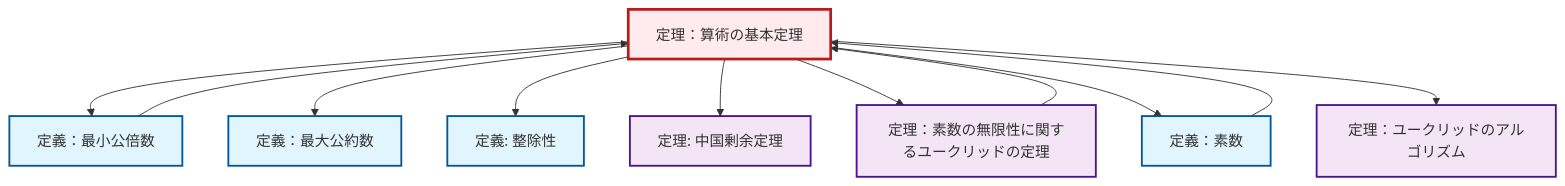
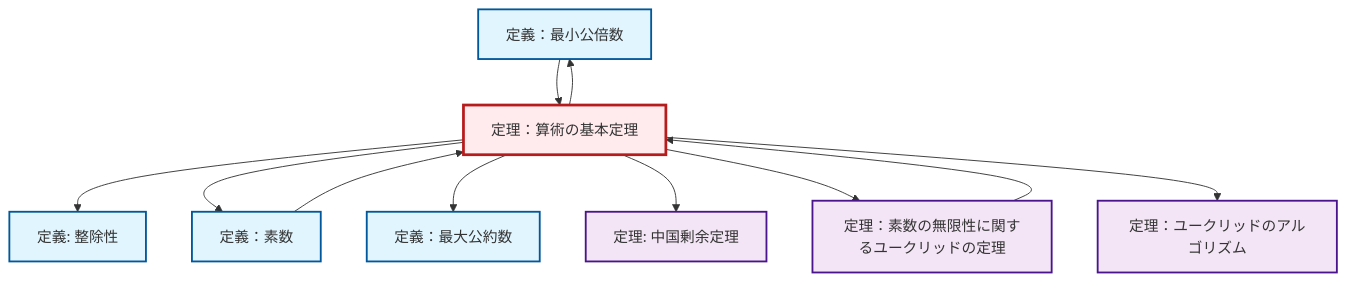
Before and after one commit to RK0429/ModernMath: the diagram in content/ja/number-theory/thm-fundamental-arithmetic.qmd, drawn with Mermaid. The commit also changed other lines of this file and 1012 other files, not shown here.

````diff
--- a/content/ja/number-theory/thm-fundamental-arithmetic.qmd
+++ b/content/ja/number-theory/thm-fundamental-arithmetic.qmd
@@ -73,35 +73,35 @@
 ```{mermaid}
 %%| fig-cap: "Local dependency graph"
 graph TD
     classDef definition fill:#e1f5fe,stroke:#01579b,stroke-width:2px
     classDef theorem fill:#f3e5f5,stroke:#4a148c,stroke-width:2px
     classDef axiom fill:#fff3e0,stroke:#e65100,stroke-width:2px
     classDef example fill:#e8f5e9,stroke:#1b5e20,stroke-width:2px
     classDef current fill:#ffebee,stroke:#b71c1c,stroke-width:3px
+    def-gcd["定義：最大公約数"]:::definition
+    thm-chinese-remainder["定理: 中国剰余定理"]:::theorem
+    def-lcm["定義：最小公倍数"]:::definition
+    thm-fundamental-arithmetic["定理：算術の基本定理"]:::theorem
     def-divisibility["定義: 整除性"]:::definition
-    thm-fundamental-arithmetic["定理：算術の基本定理"]:::theorem
     thm-euclid-infinitude-primes["定理：素数の無限性に関するユークリッドの定理"]:::theorem
     thm-euclidean-algorithm["定理：ユークリッドのアルゴリズム"]:::theorem
-    thm-chinese-remainder["定理: 中国剰余定理"]:::theorem
-    def-gcd["定義：最大公約数"]:::definition
-    def-lcm["定義：最小公倍数"]:::definition
     def-prime["定義：素数"]:::definition
+    thm-fundamental-arithmetic --> def-divisibility
+    def-lcm --> thm-fundamental-arithmetic
+    thm-fundamental-arithmetic --> def-prime
+    thm-fundamental-arithmetic --> def-gcd
+    thm-fundamental-arithmetic --> thm-chinese-remainder
     thm-fundamental-arithmetic --> def-lcm
-    thm-fundamental-arithmetic --> def-gcd
-    thm-euclid-infinitude-primes --> thm-fundamental-arithmetic
-    thm-fundamental-arithmetic --> def-divisibility
-    thm-fundamental-arithmetic --> thm-chinese-remainder
     def-prime --> thm-fundamental-arithmetic
     thm-fundamental-arithmetic --> thm-euclid-infinitude-primes
-    thm-fundamental-arithmetic --> def-prime
+    thm-euclid-infinitude-primes --> thm-fundamental-arithmetic
     thm-fundamental-arithmetic --> thm-euclidean-algorithm
-    def-lcm --> thm-fundamental-arithmetic
     class thm-fundamental-arithmetic current
+    click def-gcd "def-gcd.html" "定義：最大公約数へ"
+    click thm-chinese-remainder "thm-chinese-remainder.html" "中国剰余定理の定理へ"
+    click def-lcm "def-lcm.html" "定義：最小公倍数へ"
     click def-divisibility "def-divisibility.html" "整除性の定義へ"
     click thm-euclid-infinitude-primes "thm-euclid-infinitude-primes.html" "定理：素数の無限性に関するユークリッドの定理へ"
     click thm-euclidean-algorithm "thm-euclidean-algorithm.html" "定理：ユークリッドのアルゴリズムへ"
-    click thm-chinese-remainder "thm-chinese-remainder.html" "中国剰余定理の定理へ"
-    click def-gcd "def-gcd.html" "定義：最大公約数へ"
-    click def-lcm "def-lcm.html" "定義：最小公倍数へ"
     click def-prime "def-prime.html" "定義：素数へ"
 ```
````
